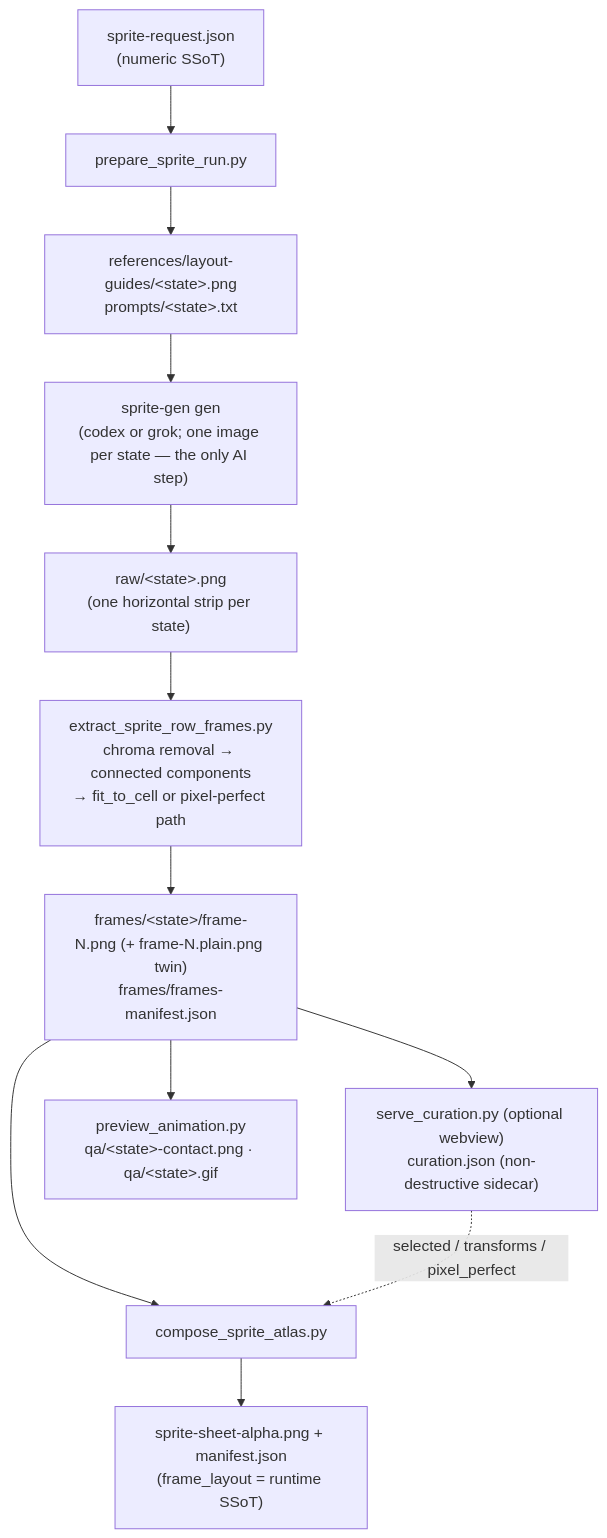
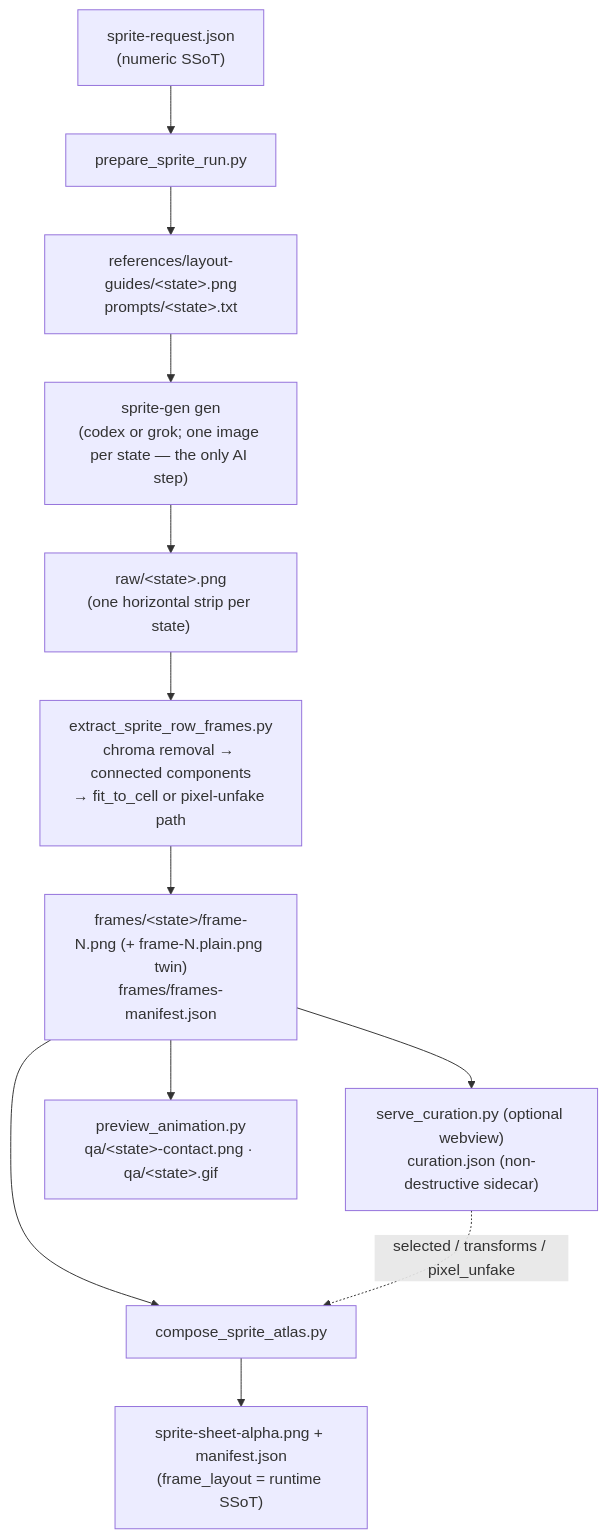
The first of 2 diagrams in docs/architecture.md (aldegad/sprite-gen), drawn with Mermaid before and after one commit. The commit also changed other lines of this file and 27 other files, not shown here.

````diff
--- a/docs/architecture.md
+++ b/docs/architecture.md
@@ -16,14 +16,14 @@
 ```mermaid
 flowchart TD
     REQ["sprite-request.json<br/>(numeric SSoT)"] --> PREP["prepare_sprite_run.py"]
     PREP --> GUIDES["references/layout-guides/&lt;state&gt;.png<br/>prompts/&lt;state&gt;.txt"]
     GUIDES --> GEN["sprite-gen gen<br/>(codex or grok; one image per state — the only AI step)"]
     GEN --> RAW["raw/&lt;state&gt;.png<br/>(one horizontal strip per state)"]
-    RAW --> EXTRACT["extract_sprite_row_frames.py<br/>chroma removal → connected components<br/>→ fit_to_cell or pixel-perfect path"]
+    RAW --> EXTRACT["extract_sprite_row_frames.py<br/>chroma removal → connected components<br/>→ fit_to_cell or pixel-unfake path"]
     EXTRACT --> FRAMES["frames/&lt;state&gt;/frame-N.png (+ frame-N.plain.png twin)<br/>frames/frames-manifest.json"]
     FRAMES --> CURATE["serve_curation.py (optional webview)<br/>curation.json (non-destructive sidecar)"]
     FRAMES --> COMPOSE["compose_sprite_atlas.py"]
-    CURATE -. "selected / transforms / pixel_perfect" .-> COMPOSE
+    CURATE -. "selected / transforms / pixel_unfake" .-> COMPOSE
     COMPOSE --> ATLAS["sprite-sheet-alpha.png + manifest.json<br/>(frame_layout = runtime SSoT)"]
     FRAMES --> QA["preview_animation.py<br/>qa/&lt;state&gt;-contact.png · qa/&lt;state&gt;.gif"]
 ```
````
